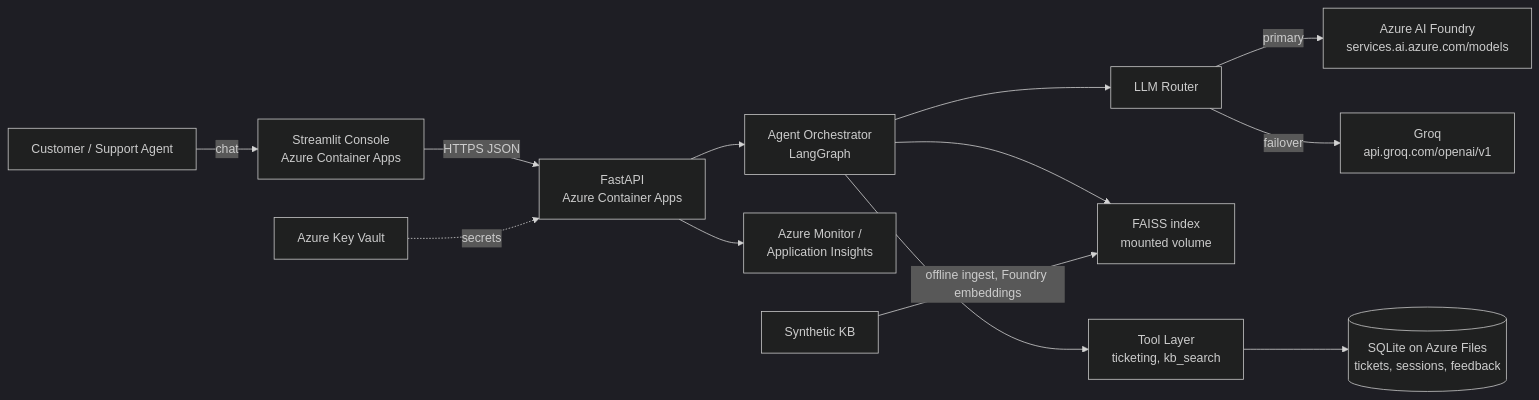
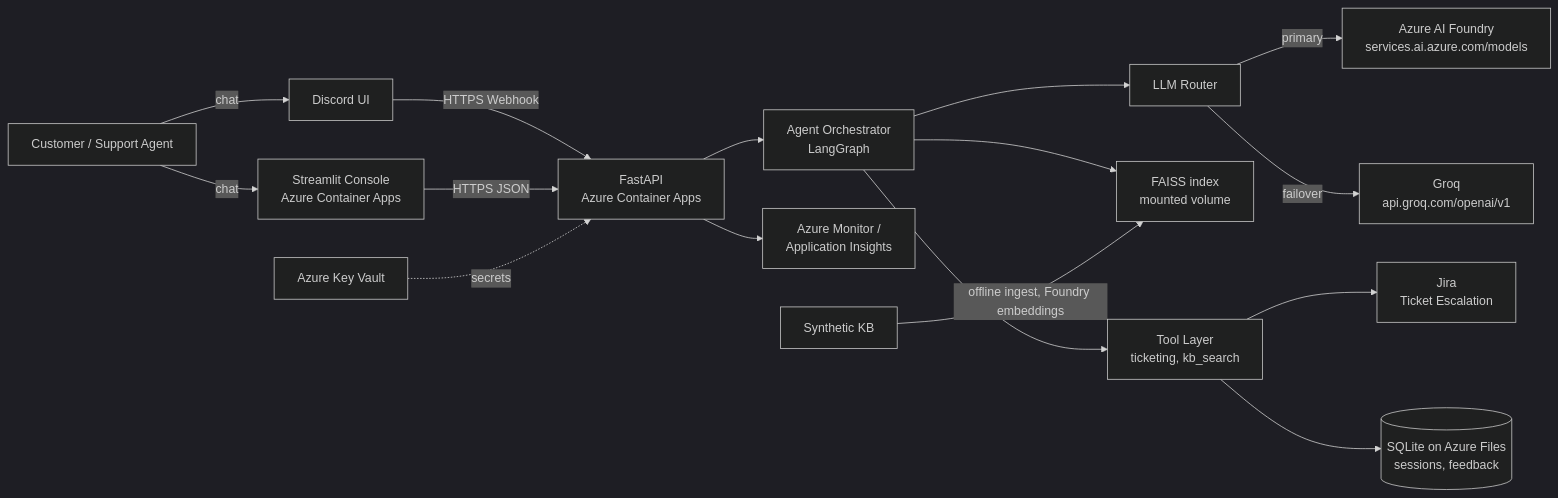
One commit to NGAtoFDE/Telecom-Support-Agent changed the first of 5 diagrams in README.md. Above: the diagram before and after it, drawn with Mermaid (dark theme). The commit also changed other lines of this file and 225 other files, not shown here.

````diff
--- a/README.md
+++ b/README.md
@@ -78,15 +78,18 @@
 ```mermaid
 graph LR
-    C["Customer / Support Agent"] -->|chat| UI["Streamlit Console<br/>Azure Container Apps"]
-    UI -->|HTTPS JSON| API["FastAPI<br/>Azure Container Apps"]
+    C["Customer / Support Agent"] -->|chat| D["Discord UI"]
+    C -->|chat| UI["Streamlit Console<br/>Azure Container Apps"]
+    D -->|HTTPS Webhook| API["FastAPI<br/>Azure Container Apps"]
+    UI -->|HTTPS JSON| API
     API --> AG["Agent Orchestrator<br/>LangGraph"]
     AG --> LLM["LLM Router"]
     LLM -->|primary| AF["Azure AI Foundry<br/>services.ai.azure.com/models"]
     LLM -->|failover| GQ["Groq<br/>api.groq.com/openai/v1"]
     AG --> VDB["FAISS index<br/>mounted volume"]
     AG --> TOOL["Tool Layer<br/>ticketing, kb_search"]
-    TOOL --> DB[("SQLite on Azure Files<br/>tickets, sessions, feedback")]
+    TOOL --> JIRA["Jira<br/>Ticket Escalation"]
+    TOOL --> DB[("SQLite on Azure Files<br/>sessions, feedback")]
     API --> AI["Azure Monitor /<br/>Application Insights"]
     KB["Synthetic KB"] -->|offline ingest, Foundry embeddings| VDB
     KV["Azure Key Vault"] -.->|secrets| API
 ```
````
